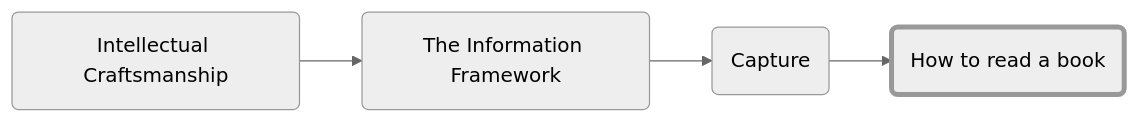
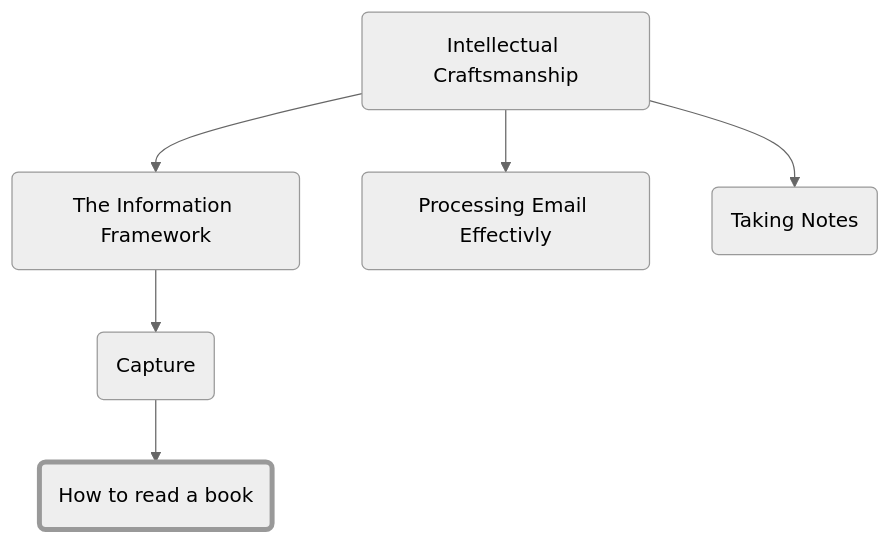
Before and after one commit to forrestpitz/forrestpitz.github.io: the diagram in _posts/2023-01-05-readabook.md, drawn with Mermaid (neutral theme). The commit also changed other lines of this file and 20 other files, not shown here.

````diff
--- a/_posts/2023-01-05-readabook.md
+++ b/_posts/2023-01-05-readabook.md
@@ -11,10 +56,16 @@
 ```mermaid
-graph LR;
-  A(Intellectual Craftsmanship)-->B(The Information Framework)-->C(Capture)-->D(How to read a book)
+graph TD;
+  A(Intellectual Craftsmanship)-->B(The Information Framework)
+  B-->C(Capture)
+  C-->D(How to read a book)
+  A-->E(Processing Email Effectivly)
+  A-->F(Taking Notes)
 
   style D stroke-width:4px
 
   click A "{% post_url 2023-01-05-intro %}"
   click B "{% post_url 2023-01-05-info-framework %}"
   click C "{% post_url 2023-01-05-capture %}"
+  click E "{% post_url 2023-01-05-email %}"
+  click F "{% post_url 2023-01-05-notetaking %}"
 ```
````
